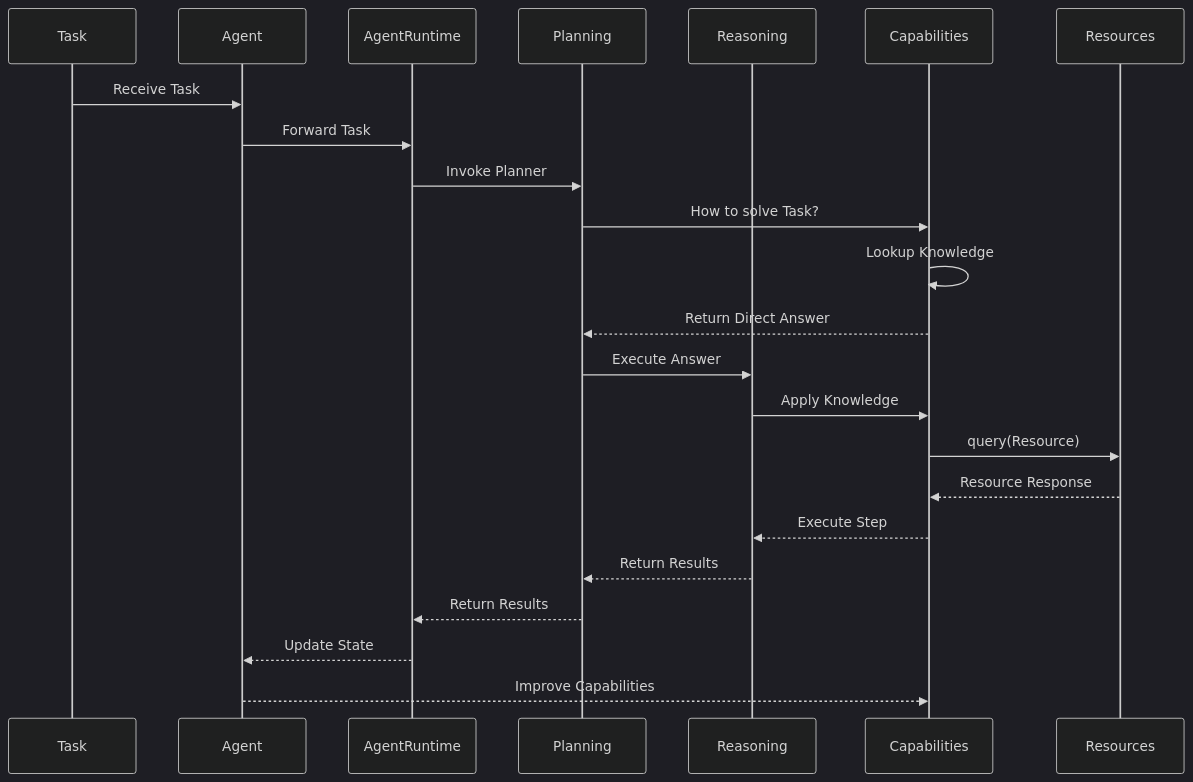
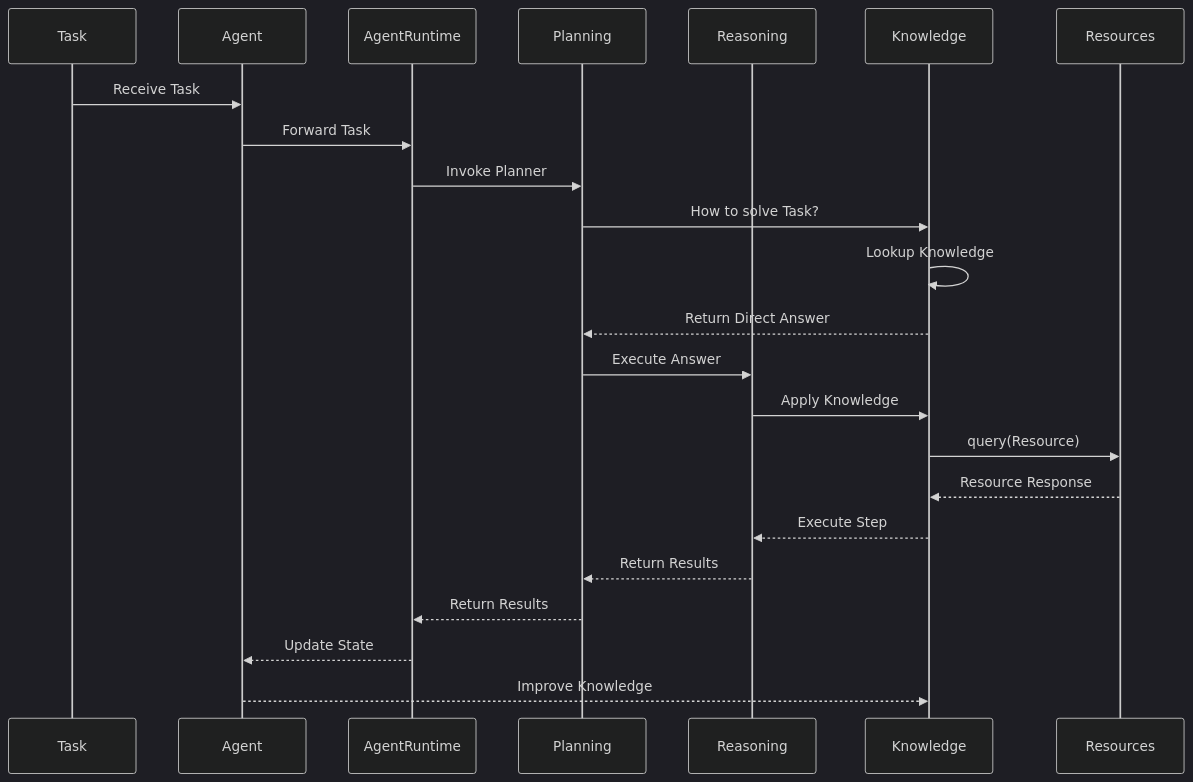
Before and after one commit to aitomatic/dana: the fourth of 9 diagrams in opendxa/README.md, drawn with Mermaid (dark theme). The commit also changed other lines of this file and 26 other files, not shown here.

First line of the commit message:
Refactor OpenDXA architecture and enhance documentation

````diff
--- a/opendxa/README.md
+++ b/opendxa/README.md
@@ -86,26 +221,26 @@
 ```mermaid
 sequenceDiagram
     participant T as Task
     participant A as Agent
     participant AR as AgentRuntime
     participant P as Planning
     participant R as Reasoning
-    participant C as Capabilities
+    participant K as Knowledge
     participant Res as Resources
 
     T->>A: Receive Task
     A->>AR: Forward Task
     AR->>P: Invoke Planner
-    P->>C: How to solve Task?
-    C->>C: Lookup Knowledge
-    C-->>P: Return Direct Answer
+    P->>K: How to solve Task?
+    K->>K: Lookup Knowledge
+    K-->>P: Return Direct Answer
     P->>R: Execute Answer
-    R->>C: Apply Knowledge
-    C->>Res: query(Resource)
-    Res-->>C: Resource Response
-    C-->>R: Execute Step
+    R->>K: Apply Knowledge
+    K->>Res: query(Resource)
+    Res-->>K: Resource Response
+    K-->>R: Execute Step
     R-->>P: Return Results
     P-->>AR: Return Results
     AR-->>A: Update State
-    A-->>C: Improve Capabilities
+    A-->>K: Improve Knowledge
 ```
````
